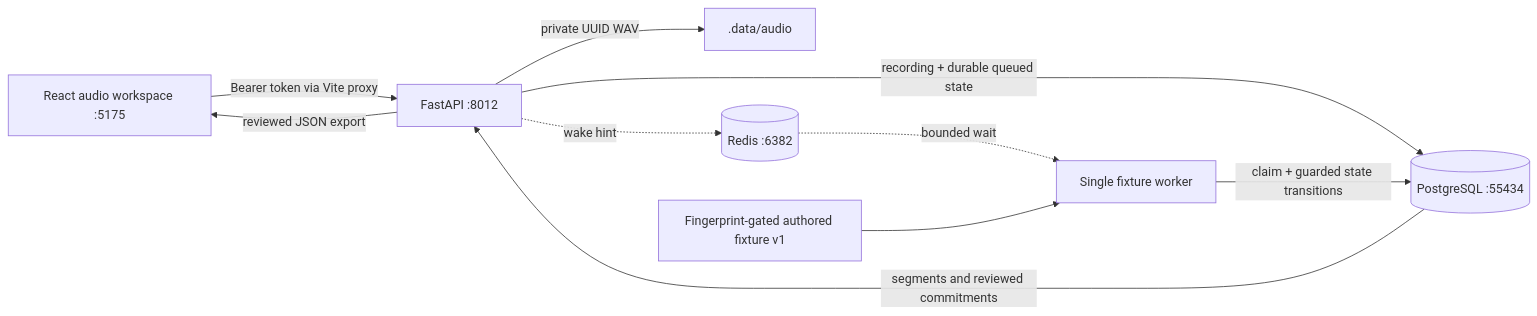
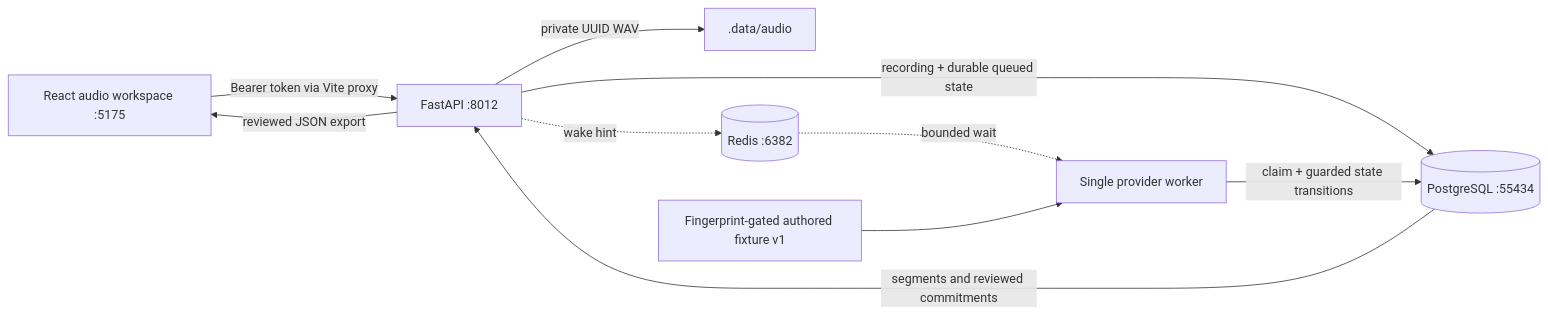
Before and after one commit to abdulrehmanawan99/callmap: the diagram in docs/architecture.md, drawn with Mermaid. The commit also changed other lines of this file and 19 other files, not shown here.

````diff
--- a/docs/architecture.md
+++ b/docs/architecture.md
@@ -3,12 +3,12 @@
 ```mermaid
 flowchart LR
   UI[React audio workspace :5175] -->|Bearer token via Vite proxy| API[FastAPI :8012]
   API -->|private UUID WAV| Disk[.data/audio]
   API -->|recording + durable queued state| PG[(PostgreSQL :55434)]
   API -. wake hint .-> Redis[(Redis :6382)]
-  Redis -. bounded wait .-> Worker[Single fixture worker]
+  Redis -. bounded wait .-> Worker[Single provider worker]
   Worker -->|claim + guarded state transitions| PG
   Manifest[Fingerprint-gated authored fixture v1] --> Worker
   PG -->|segments and reviewed commitments| API
   API -->|reviewed JSON export| UI
 ```
````
